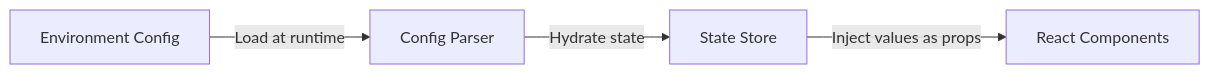
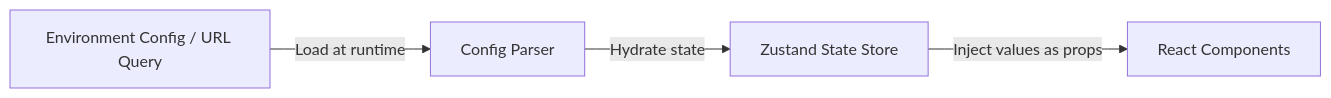
The second of 6 diagrams in README.md (naborajs/birthday-bloom), drawn with Mermaid before and after one commit. The commit also changed other lines of this file, not shown here.

Commit message:
docs(readme): add visual showcase, celebration architecture diagrams, and high-res screenshots

````diff
--- a/README.md
+++ b/README.md
@@ -342,6 +425,6 @@
 ```mermaid
 flowchart LR
-    Env[Environment Config] -->|"Load at runtime"| Config[Config Parser]
-    Config -->|"Hydrate state"| Store[State Store]
+    Env[Environment Config / URL Query] -->|"Load at runtime"| Config[Config Parser]
+    Config -->|"Hydrate state"| Store[Zustand State Store]
     Store -->|"Inject values as props"| Components[React Components]
 ```
````
